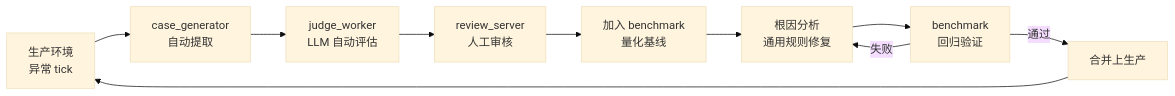
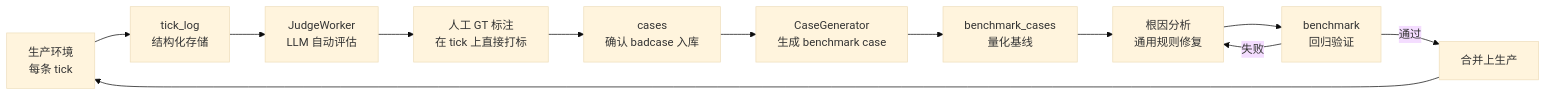
Before and after one commit to 899ms/wechat-mac-rpa: the third of 3 diagrams in README.md, drawn with Mermaid (base theme). The commit also changed other lines of this file, not shown here.

First line of the commit message:
docs: 根据代码重写 README 架构图与数据飞轮，同步实际模块

````diff
--- a/README.md
+++ b/README.md
@@ -180,12 +173,14 @@
 ```mermaid
 graph LR
-    A["生产环境<br/>异常 tick"] --> B["case_generator<br/>自动提取"]
-    B --> C["judge_worker<br/>LLM 自动评估"]
-    C --> D["review_server<br/>人工审核"]
-    D --> E["加入 benchmark<br/>量化基线"]
-    E --> F["根因分析<br/>通用规则修复"]
-    F --> G["benchmark<br/>回归验证"]
-    G -->|通过| H["合并上生产"]
-    G -->|失败| F
-    H --> A
+    A["生产环境<br/>每条 tick"] --> B["tick_log<br/>结构化存储"]
+    B --> C["JudgeWorker<br/>LLM 自动评估"]
+    C --> D["人工 GT 标注<br/>在 tick 上直接打标"]
+    D --> E["cases<br/>确认 badcase 入库"]
+    E --> F["CaseGenerator<br/>生成 benchmark case"]
+    F --> G["benchmark_cases<br/>量化基线"]
+    G --> H["根因分析<br/>通用规则修复"]
+    H --> I["benchmark<br/>回归验证"]
+    I -->|通过| J["合并上生产"]
+    I -->|失败| H
+    J --> A
 ```
````
